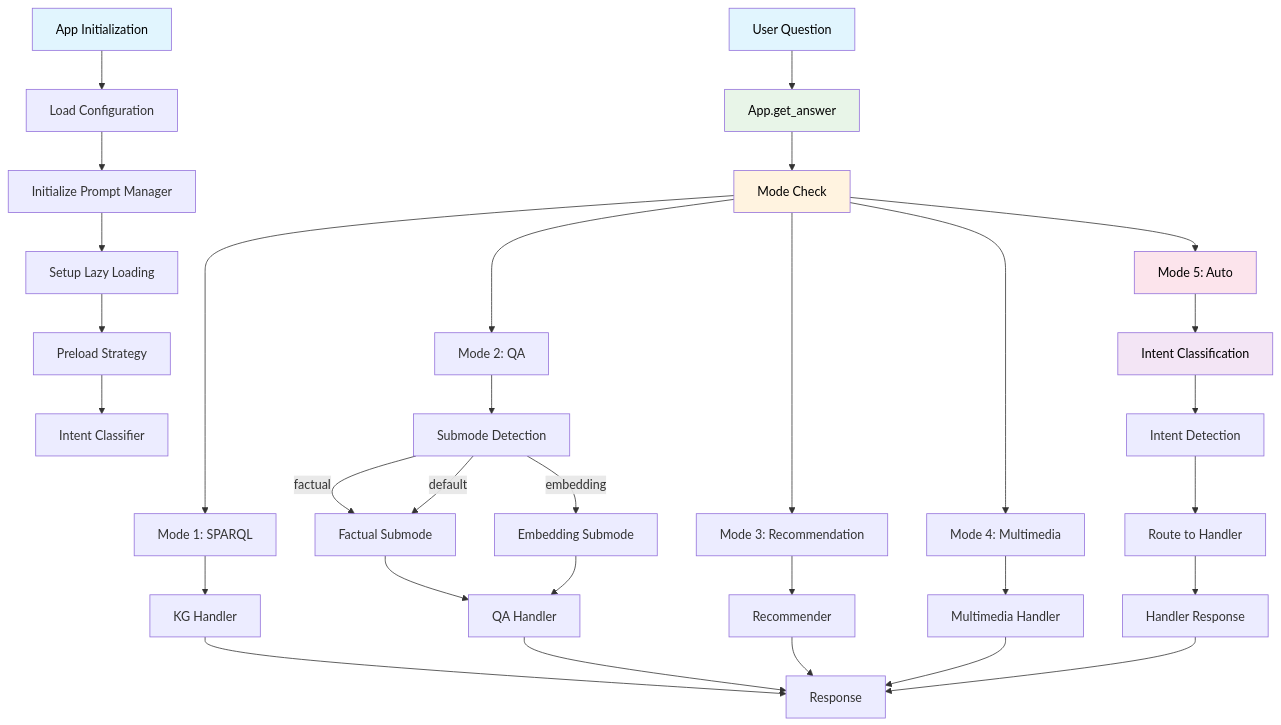
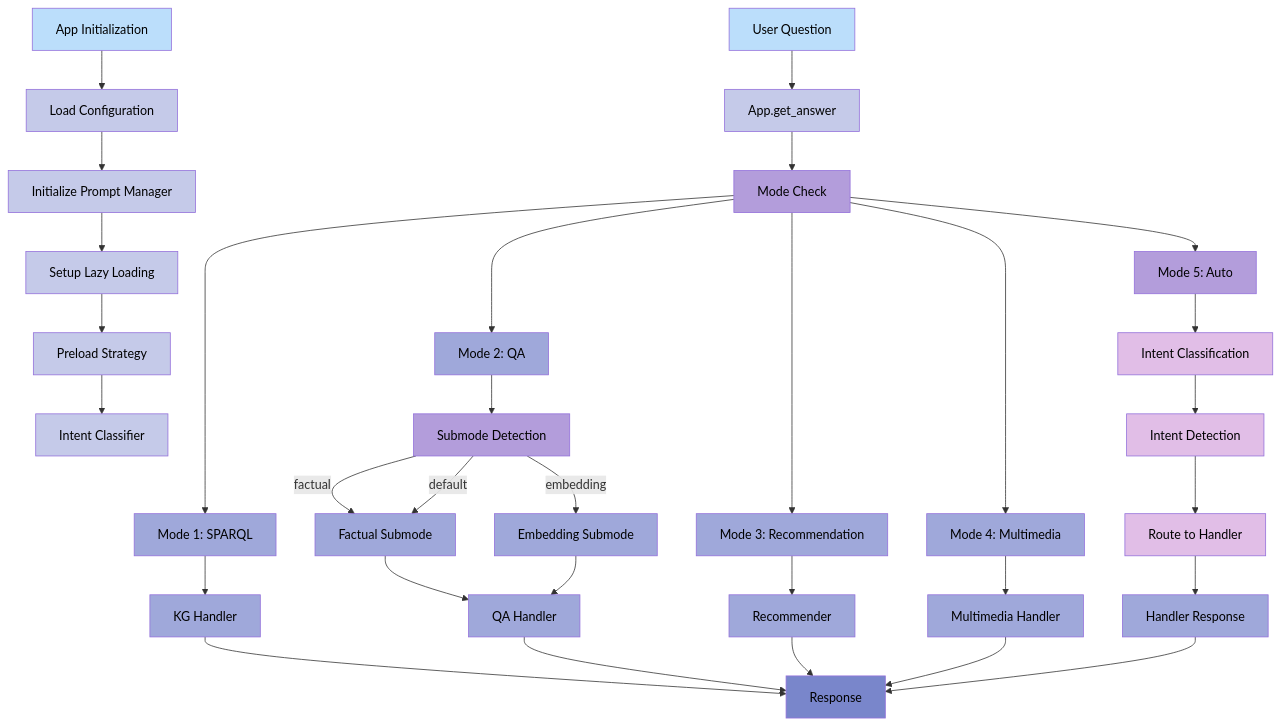
One commit to schneialexan/atai-chatbot changed the second of 9 diagrams in README.md. Above: the diagram before and after it, drawn with Mermaid. The commit also changed other lines of this file, not shown here.

Commit message:
changed styling of graphs

````diff
--- a/README.md
+++ b/README.md
@@ -369,45 +381,65 @@
 ```mermaid
 graph TD
     A[App Initialization] --> B[Load Configuration]
     B --> C[Initialize Prompt Manager]
     C --> D[Setup Lazy Loading]
     D --> E[Preload Strategy]
     E --> F[Intent Classifier]
     
     G[User Question] --> H[App.get_answer]
     H --> I[Mode Check]
     I --> J[Mode 1: SPARQL]
     I --> K[Mode 2: QA]
     I --> L[Mode 3: Recommendation]
     I --> M[Mode 4: Multimedia]
     I --> N[Mode 5: Auto]
     
     K --> K1[Submode Detection]
     K1 -->|factual| K2[Factual Submode]
     K1 -->|embedding| K3[Embedding Submode]
     K1 -->|default| K2
     
     N --> O[Intent Classification]
     O --> P[Intent Detection]
     P --> Q[Route to Handler]
     Q --> R[Handler Response]
     
     J --> S[KG Handler]
     K2 --> T[QA Handler]
     K3 --> T
     L --> U[Recommender]
     M --> V[Multimedia Handler]
     
     S --> W[Response]
     T --> W
     U --> W
     V --> W
     R --> W
     
-    style A fill:#e1f5fe,color:#000000
-    style G fill:#e1f5fe,color:#000000
-    style H fill:#e8f5e8,color:#000000
-    style I fill:#fff3e0,color:#000000
-    style N fill:#fce4ec,color:#000000
-    style O fill:#f3e5f5,color:#000000
+    style A fill:#BBDEFB,color:#000000
+    style G fill:#BBDEFB,color:#000000
+    style B fill:#C5CAE9,color:#000000
+    style C fill:#C5CAE9,color:#000000
+    style D fill:#C5CAE9,color:#000000
+    style E fill:#C5CAE9,color:#000000
+    style F fill:#C5CAE9,color:#000000
+    style H fill:#C5CAE9,color:#000000
+    style I fill:#B39DDB,color:#000000
+    style J fill:#9FA8DA,color:#000000
+    style K fill:#9FA8DA,color:#000000
+    style K1 fill:#B39DDB,color:#000000
+    style K2 fill:#9FA8DA,color:#000000
+    style K3 fill:#9FA8DA,color:#000000
+    style L fill:#9FA8DA,color:#000000
+    style M fill:#9FA8DA,color:#000000
+    style N fill:#B39DDB,color:#000000
+    style O fill:#E1BEE7,color:#000000
+    style P fill:#E1BEE7,color:#000000
+    style Q fill:#E1BEE7,color:#000000
+    style R fill:#9FA8DA,color:#000000
+    style S fill:#9FA8DA,color:#000000
+    style T fill:#9FA8DA,color:#000000
+    style U fill:#9FA8DA,color:#000000
+    style V fill:#9FA8DA,color:#000000
+    style W fill:#7986CB,color:#000000
 ```
````
